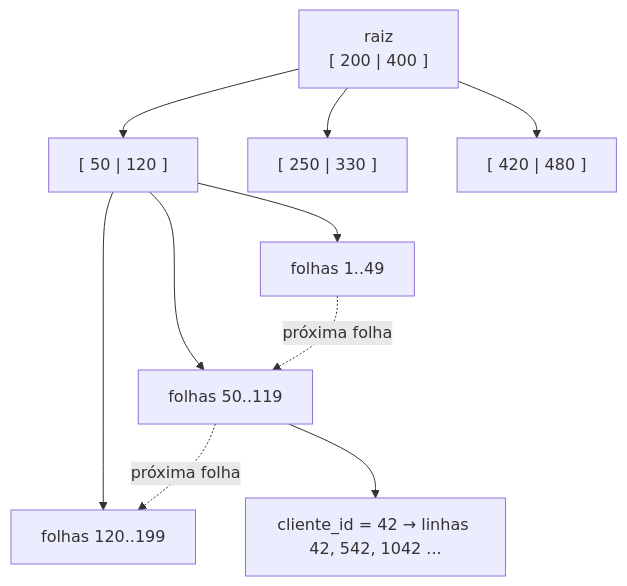
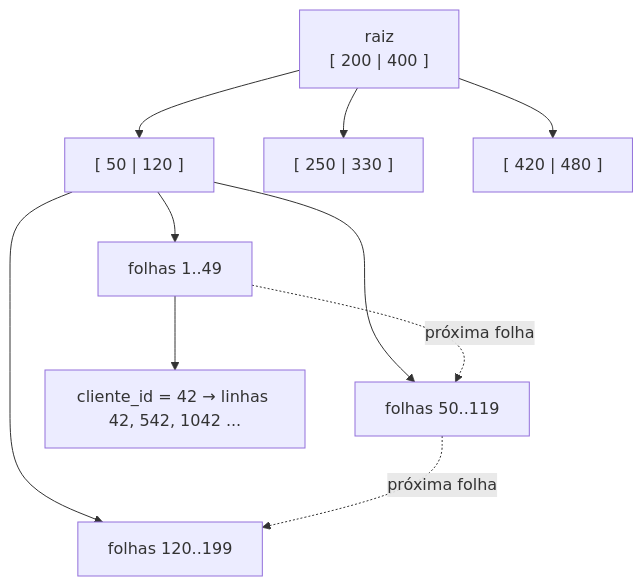
One commit to IsraelCarvalho29/sala-de-aula changed the diagram in content/trilhas/10-banco-de-dados/BD-04-indices-e-planos-de-execucao.md. Above: the diagram before and after it, drawn with Mermaid. The commit also changed 50 other files, not shown here.

````diff
--- a/content/trilhas/10-banco-de-dados/BD-04-indices-e-planos-de-execucao.md
+++ b/content/trilhas/10-banco-de-dados/BD-04-indices-e-planos-de-execucao.md
@@ -46,12 +46,12 @@
 ```mermaid
 flowchart TB
     R["raiz<br/>[ 200 | 400 ]"] --> N1["[ 50 | 120 ]"]
     R --> N2["[ 250 | 330 ]"]
     R --> N3["[ 420 | 480 ]"]
     N1 --> F1["folhas 1..49"]
     N1 --> F2["folhas 50..119"]
     N1 --> F3["folhas 120..199"]
     F1 -. "próxima folha" .-> F2
     F2 -. "próxima folha" .-> F3
-    F2 --> L["cliente_id = 42 → linhas 42, 542, 1042 ..."]
+    F1 --> L["cliente_id = 42 → linhas 42, 542, 1042 ..."]
 ```
````
